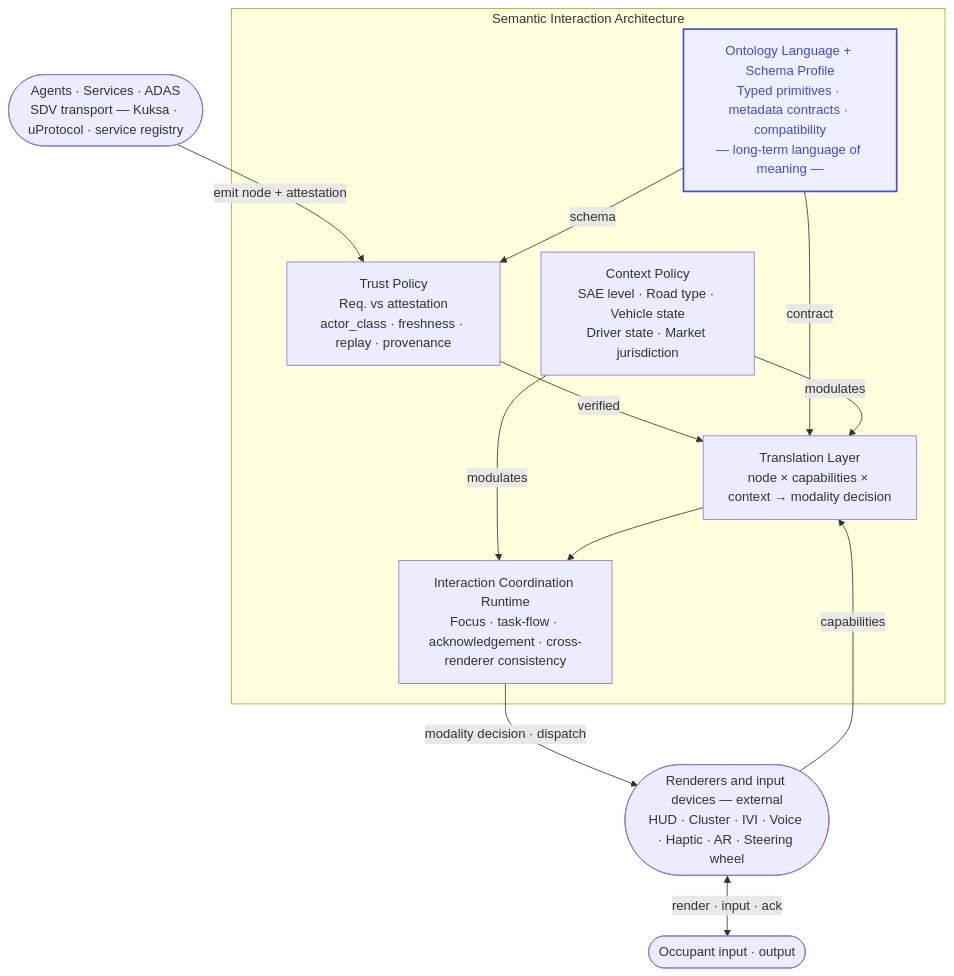
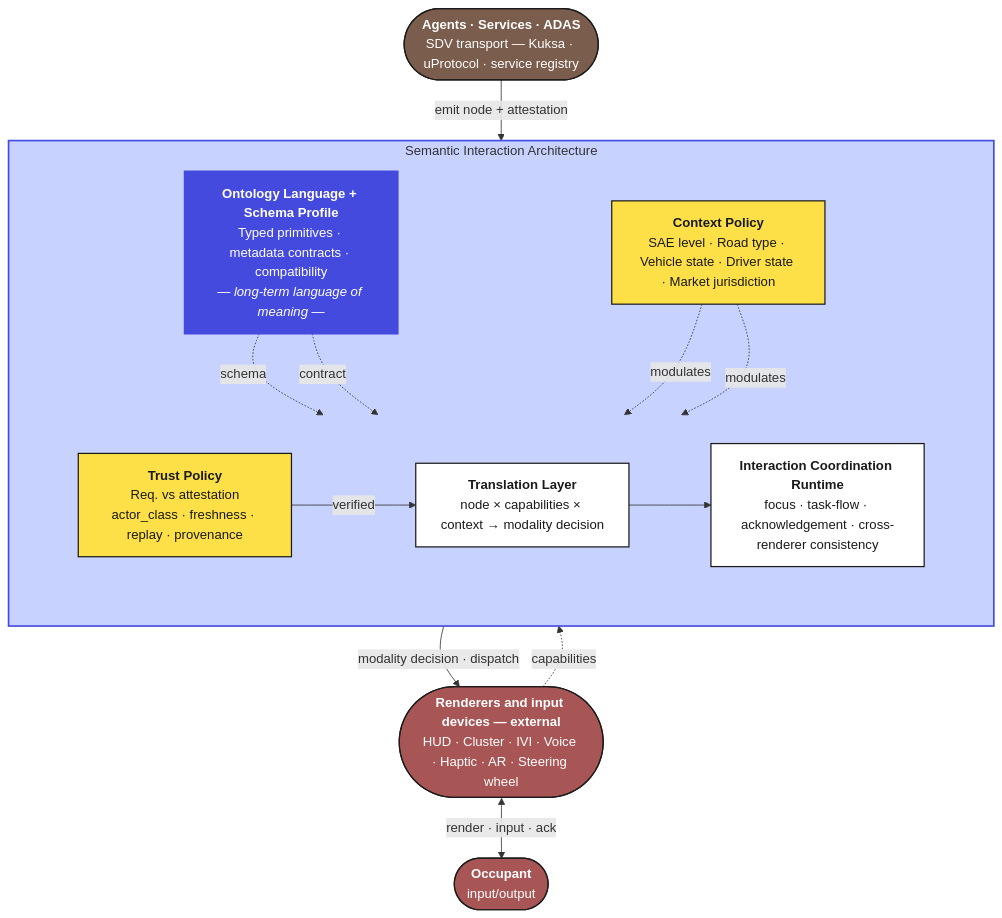
One commit to yaneczech/SIA changed the first of 3 diagrams in 03_WiP-AutomotiveUI2026.md. Above: the diagram before and after it, drawn with Mermaid. The commit also changed other lines of this file and 13 other files, not shown here.

````diff
--- a/03_WiP-AutomotiveUI2026.md
+++ b/03_WiP-AutomotiveUI2026.md
@@ -48,27 +48,43 @@
 ```mermaid
-graph TB
-    EXT2(["Agents · Services · ADAS\nSDV transport — Kuksa · uProtocol · service registry"])
-    EXT_R(["Renderers and input devices — external\nHUD · Cluster · IVI · Voice · Haptic · AR · Steering wheel"])
-    EXT1(["Occupant input · output"])
+flowchart TB
+    EXT2(["<b>Agents · Services · ADAS</b><br/>SDV transport — Kuksa · uProtocol · service registry"])
 
     subgraph SIA ["Semantic Interaction Architecture"]
-        O["Ontology Language + Schema Profile\nTyped primitives · metadata contracts · compatibility\n— long-term language of meaning —"]
-        TL["Trust Policy\nReq. vs attestation\nactor_class · freshness · replay · provenance"]
-        CE["Context Policy\nSAE level · Road type · Vehicle state\nDriver state · Market jurisdiction"]
-        T["Translation Layer\nnode × capabilities × context → modality decision"]
-        RT["Interaction Coordination Runtime\nFocus · task-flow · acknowledgement · cross-renderer consistency"]
+        direction TB
+        O["<b>Ontology Language + Schema Profile</b><br/>Typed primitives · metadata contracts · compatibility<br/><i>— long-term language of meaning —</i>"]
+
+        subgraph FLOW [" "]
+            direction LR
+            TL["<b>Trust Policy</b><br/>Req. vs attestation<br/>actor_class · freshness · replay · provenance"]
+            T["<b>Translation Layer</b><br/>node × capabilities × context → modality decision"]
+            RT["<b>Interaction Coordination Runtime</b><br/>focus · task-flow · acknowledgement · cross-renderer consistency"]
+        end
+
+        CE["<b>Context Policy</b><br/>SAE level · Road type · Vehicle state · Driver state · Market jurisdiction"]
     end
 
+    EXT_R(["<b>Renderers and input devices — external</b><br/>HUD · Cluster · IVI · Voice · Haptic · AR · Steering wheel"])
+    EXT1(["<b>Occupant</b><br/>input/output"])
+
     EXT2 -->|"emit node + attestation"| TL
-    O -->|"schema"| TL
+    O -.->|"schema"| TL
+    O -.->|"contract"| T
     TL -->|"verified"| T
-    O -->|"contract"| T
-    EXT_R -->|"capabilities"| T
-    CE -->|"modulates"| T
-    CE -->|"modulates"| RT
     T --> RT
+    CE -.->|"modulates"| T
+    CE -.->|"modulates"| RT
     RT -->|"modality decision · dispatch"| EXT_R
+    EXT_R -.->|"capabilities"| T
     EXT_R <-->|"render · input · ack"| EXT1
 
-    style O fill:#eef0ff,stroke:#454ADE,stroke-width:2px,color:#454ADE
+    style O fill:#454ADE,stroke:#454ADE,stroke-width:2px,color:#ffffff
+    style TL fill:#fde047,stroke:#1a1a1a,stroke-width:1.5px,color:#1a1a1a
+    style CE fill:#fde047,stroke:#1a1a1a,stroke-width:1.5px,color:#1a1a1a
+    style T fill:#ffffff,stroke:#1a1a1a,stroke-width:1.5px,color:#1a1a1a
+    style RT fill:#ffffff,stroke:#1a1a1a,stroke-width:1.5px,color:#1a1a1a
+    style EXT2 fill:#7a5d4d,stroke:#1a1a1a,stroke-width:1.5px,color:#ffffff
+    style EXT_R fill:#a85555,stroke:#1a1a1a,stroke-width:1.5px,color:#ffffff
+    style EXT1 fill:#a85555,stroke:#1a1a1a,stroke-width:1.5px,color:#ffffff
+    style SIA fill:#c7d2fe,stroke:#454ADE,stroke-width:2px
+    style FLOW fill:none,stroke:none
 ```
````
